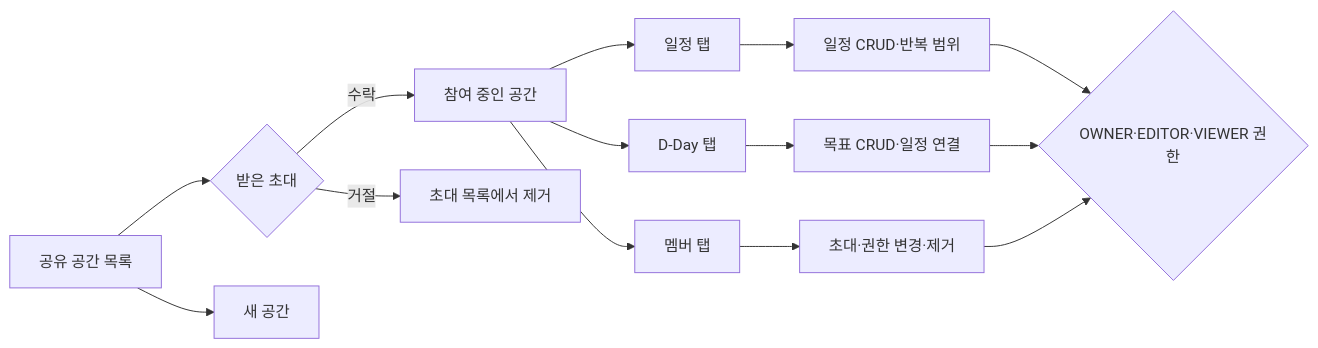
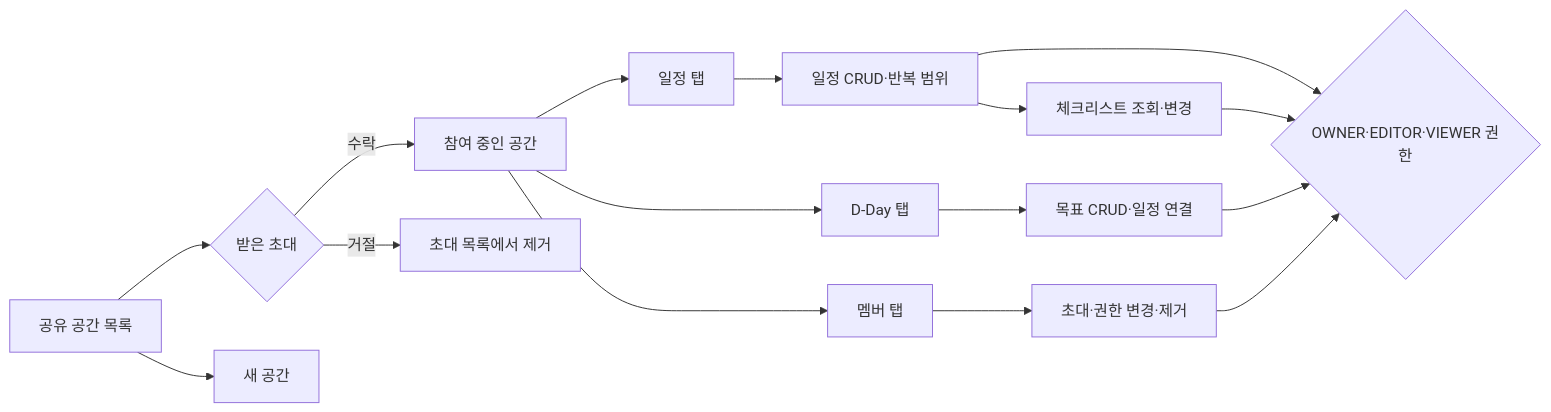
Before and after one commit to dooit-project/dooit-mobile: the seventh of 8 diagrams in docs/product/USER_FLOW_CATALOG.md, drawn with Mermaid. The commit also changed other lines of this file and 20 other files, not shown here.

````diff
--- a/docs/product/USER_FLOW_CATALOG.md
+++ b/docs/product/USER_FLOW_CATALOG.md
@@ -193,16 +200,18 @@
 ```mermaid
 flowchart LR
   A[공유 공간 목록] --> B{받은 초대}
   B -->|수락| C[참여 중인 공간]
   B -->|거절| D[초대 목록에서 제거]
   A --> E[새 공간]
   C --> F[일정 탭]
   C --> G[D-Day 탭]
   C --> H[멤버 탭]
   F --> I[일정 CRUD·반복 범위]
   G --> J[목표 CRUD·일정 연결]
   H --> K[초대·권한 변경·제거]
   I --> L{OWNER·EDITOR·VIEWER 권한}
   J --> L
   K --> L
+  I --> M[체크리스트 조회·변경]
+  M --> L
 ```
````
